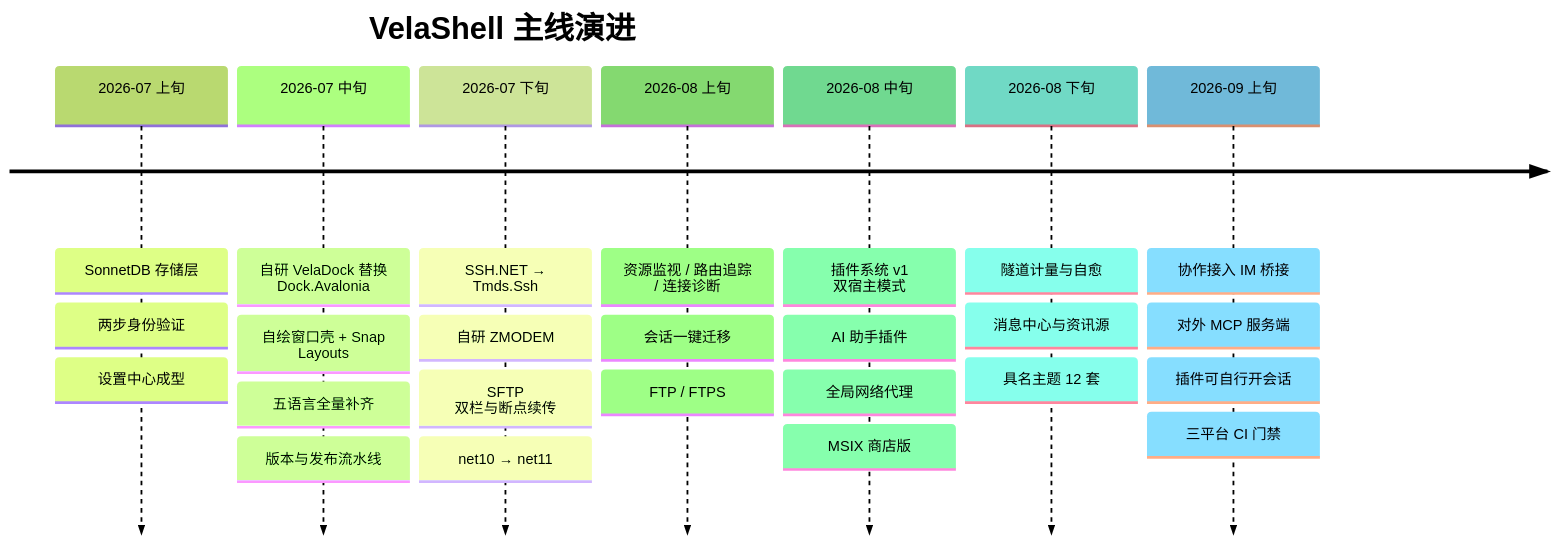
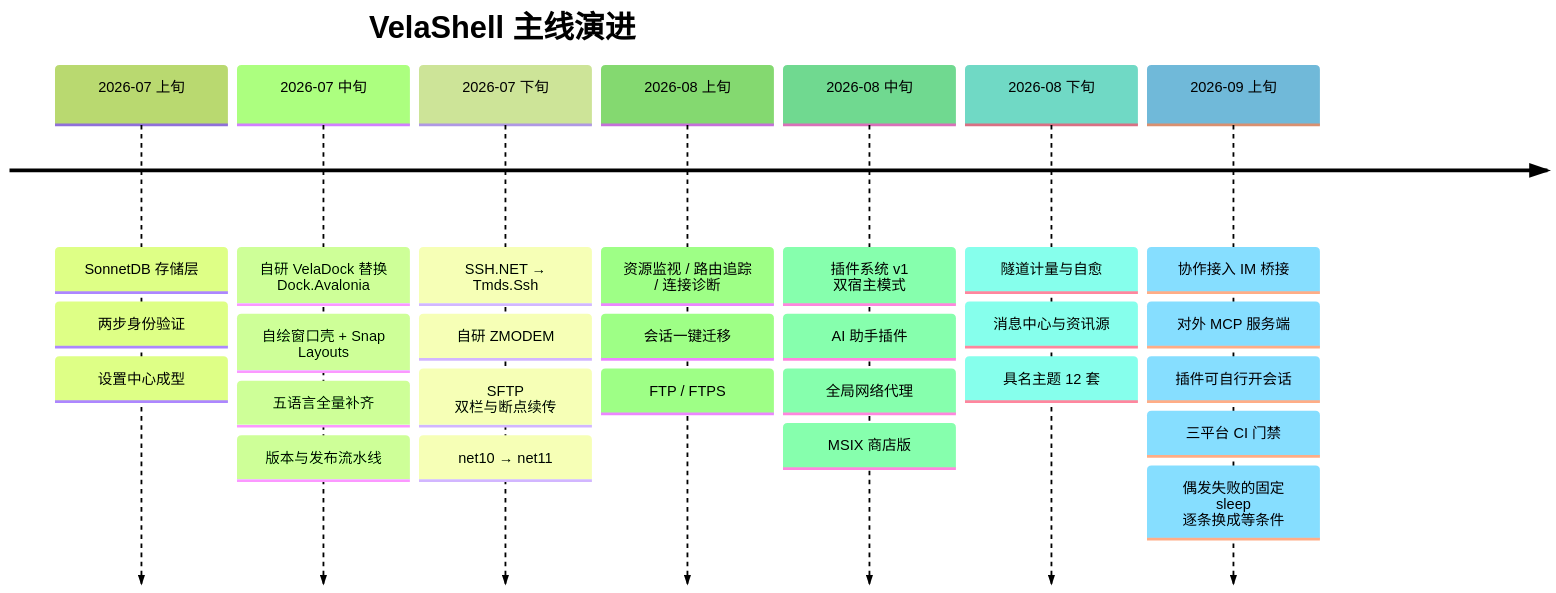
One commit to joesdu/VelaShell changed the first of 2 diagrams in plan.md. Above: the diagram before and after it, drawn with Mermaid (forest theme). The commit also changed other lines of this file and 2 other files, not shown here.

First line of the commit message:
fix(test): 背压用例改等条件，别再拿固定 sleep 赌线程池已经起来了

````diff
--- a/plan.md
+++ b/plan.md
@@ -86,11 +87,11 @@
 ```mermaid
 timeline
     title VelaShell 主线演进
     2026-07 上旬 : SonnetDB 存储层 : 两步身份验证 : 设置中心成型
     2026-07 中旬 : 自研 VelaDock 替换 Dock.Avalonia : 自绘窗口壳 + Snap Layouts : 五语言全量补齐 : 版本与发布流水线
     2026-07 下旬 : SSH.NET → Tmds.Ssh : 自研 ZMODEM : SFTP 双栏与断点续传 : net10 → net11
     2026-08 上旬 : 资源监视 / 路由追踪 / 连接诊断 : 会话一键迁移 : FTP / FTPS
     2026-08 中旬 : 插件系统 v1 双宿主模式 : AI 助手插件 : 全局网络代理 : MSIX 商店版
     2026-08 下旬 : 隧道计量与自愈 : 消息中心与资讯源 : 具名主题 12 套
-    2026-09 上旬 : 协作接入 IM 桥接 : 对外 MCP 服务端 : 插件可自行开会话 : 三平台 CI 门禁
+    2026-09 上旬 : 协作接入 IM 桥接 : 对外 MCP 服务端 : 插件可自行开会话 : 三平台 CI 门禁 : 偶发失败的固定 sleep 逐条换成等条件
 ```
````
